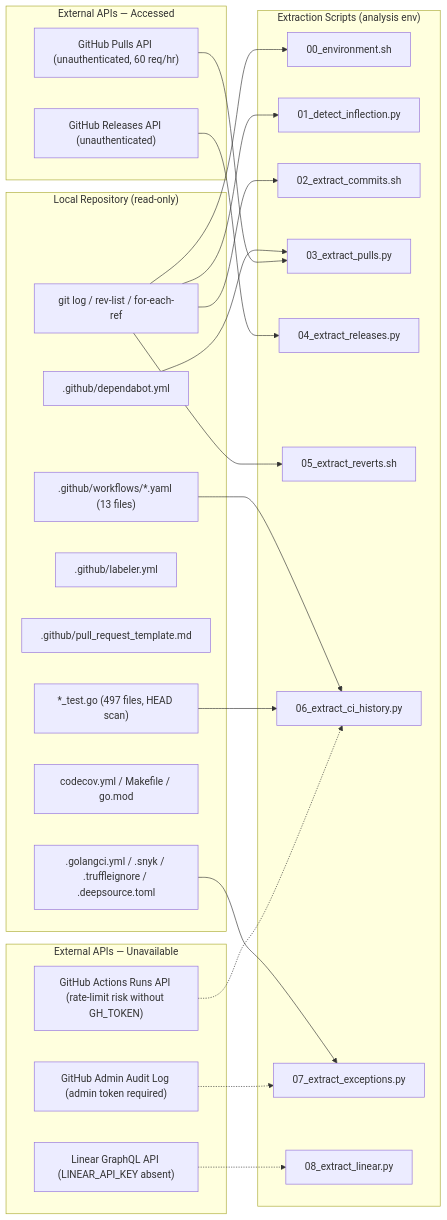
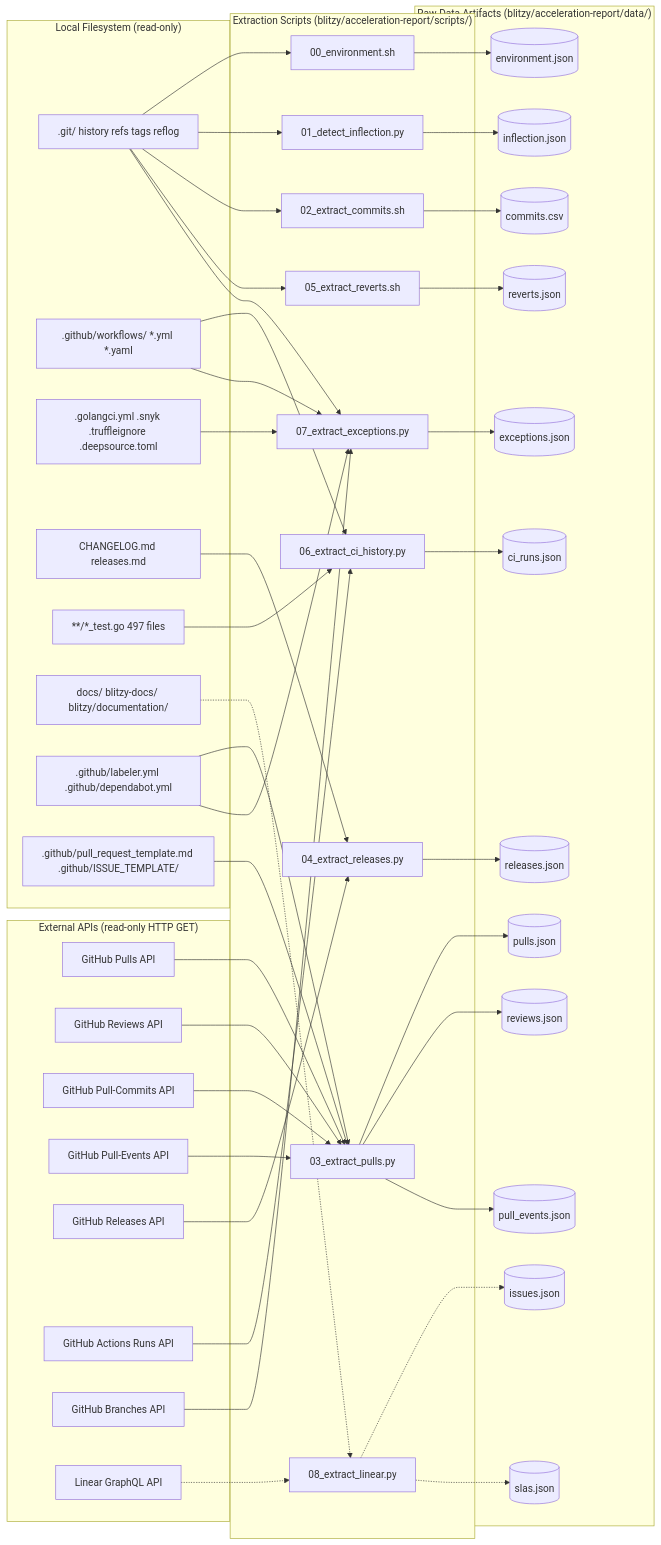
The diagram in blitzy/acceleration-report/diagrams/data-source-topology.mmd (Blitzy-Sandbox/blitzy-RudderStack), drawn with Mermaid before and after one commit.

```diff
--- a/blitzy/acceleration-report/diagrams/data-source-topology.mmd
+++ b/blitzy/acceleration-report/diagrams/data-source-topology.mmd
@@ -1,53 +1,92 @@
 %% Title: Data Source Topology
-%% Legend: Solid arrows = read-only data flow from a source into an extraction script.
-%% Dashed arrows = source available but not exercised in this run (no token / no access).
-%% Solid rectangles = sources accessed. Dashed rectangles = sources unavailable in this run.
-
+%% Legend:
+%%   Solid arrows (-->)   = primary data flow into extraction scripts
+%%   Dotted arrows (-.->) = optional / fallback paths (Linear without LINEAR_API_KEY,
+%%                          admin audit log without admin access, JUnit XML when absent)
+%%   Plain rectangles     = read-only data sources (external APIs or local files)
+%%   Rounded rectangles   = extraction scripts under blitzy/acceleration-report/scripts/
+%%   Cylinders ([(...)])  = raw data artifacts under blitzy/acceleration-report/data/
+%%   Subgraphs            = data-source modality (External APIs vs Local Filesystem)
+%%                          and downstream stages (Extraction Scripts vs Raw Data Sinks)
+%%   Mirrors AAP §0.2.1 Data Source Inventory.
+%%   All data flow is READ-ONLY: scripts perform HTTP GET only; no POST/PUT/PATCH/DELETE.
 flowchart LR
-    subgraph LOCAL["Local Repository (read-only)"]
-        L1["git log / rev-list / for-each-ref"]
-        L2[".github/workflows/*.yaml (13 files)"]
-        L3[".github/dependabot.yml"]
-        L4[".github/labeler.yml"]
-        L5[".github/pull_request_template.md"]
-        L6[".golangci.yml / .snyk / .truffleignore / .deepsource.toml"]
-        L7["codecov.yml / Makefile / go.mod"]
-        L8["*_test.go (497 files, HEAD scan)"]
+    subgraph EXT["External APIs (read-only HTTP GET)"]
+        API1[GitHub Pulls API]
+        API2[GitHub Reviews API]
+        API3[GitHub Pull-Commits API]
+        API4[GitHub Pull-Events API]
+        API5[GitHub Releases API]
+        API6[GitHub Actions Runs API]
+        API7[GitHub Branches API]
+        API8[Linear GraphQL API]
     end
-
-    subgraph EXTERNAL_AVAIL["External APIs — Accessed"]
-        E1["GitHub Pulls API (unauthenticated, 60 req/hr)"]
-        E2["GitHub Releases API (unauthenticated)"]
+    subgraph LOCAL["Local Filesystem (read-only)"]
+        F1[".git/ history refs tags reflog"]
+        F2[".github/workflows/ *.yml *.yaml"]
+        F3[".golangci.yml .snyk .truffleignore .deepsource.toml"]
+        F4["CHANGELOG.md releases.md"]
+        F5["**/*_test.go 497 files"]
+        F6["docs/ blitzy-docs/ blitzy/documentation/"]
+        F7[".github/labeler.yml .github/dependabot.yml"]
+        F8[".github/pull_request_template.md .github/ISSUE_TEMPLATE/"]
     end
-
-    subgraph EXTERNAL_UNAVAIL["External APIs — Unavailable"]
-        U1["Linear GraphQL API (LINEAR_API_KEY absent)"]
-        U2["GitHub Actions Runs API (rate-limit risk without GH_TOKEN)"]
-        U3["GitHub Admin Audit Log (admin token required)"]
+    subgraph SCRIPTS["Extraction Scripts (blitzy/acceleration-report/scripts/)"]
+        S0[00_environment.sh]
+        S1[01_detect_inflection.py]
+        S2[02_extract_commits.sh]
+        S3[03_extract_pulls.py]
+        S4[04_extract_releases.py]
+        S5[05_extract_reverts.sh]
+        S6[06_extract_ci_history.py]
+        S7[07_extract_exceptions.py]
+        S8[08_extract_linear.py]
     end
-
-    subgraph SCRIPTS["Extraction Scripts (analysis env)"]
-        S1["00_environment.sh"]
-        S2["01_detect_inflection.py"]
-        S3["02_extract_commits.sh"]
-        S4["03_extract_pulls.py"]
-        S5["04_extract_releases.py"]
-        S6["05_extract_reverts.sh"]
-        S7["06_extract_ci_history.py"]
-        S8["07_extract_exceptions.py"]
-        S9["08_extract_linear.py"]
+    subgraph SINKS["Raw Data Artifacts (blitzy/acceleration-report/data/)"]
+        D1[(environment.json)]
+        D2[(inflection.json)]
+        D3[(commits.csv)]
+        D4[(pulls.json)]
+        D5[(reviews.json)]
+        D6[(pull_events.json)]
+        D7[(releases.json)]
+        D8[(reverts.json)]
+        D9[(ci_runs.json)]
+        D10[(exceptions.json)]
+        D11[(issues.json)]
+        D12[(slas.json)]
     end
-
-    L1 --> S1
-    L1 --> S2
-    L1 --> S3
-    L1 --> S6
-    L2 --> S7
-    L3 --> S4
-    L6 --> S8
-    L8 --> S7
-    E1 --> S4
-    E2 --> S5
-    U1 -.-> S9
-    U2 -.-> S7
-    U3 -.-> S8
+    F1 --> S0
+    F1 --> S1
+    F1 --> S2
+    F1 --> S5
+    F1 --> S7
+    F2 --> S6
+    F2 --> S7
+    F3 --> S7
+    F4 --> S4
+    F5 --> S6
+    F6 -.-> S8
+    F7 --> S3
+    F7 --> S7
+    F8 --> S3
+    API1 --> S3
+    API2 --> S3
+    API3 --> S3
+    API4 --> S3
+    API5 --> S4
+    API6 --> S6
+    API7 --> S7
+    API8 -.-> S8
+    S0 --> D1
+    S1 --> D2
+    S2 --> D3
+    S3 --> D4
+    S3 --> D5
+    S3 --> D6
+    S4 --> D7
+    S5 --> D8
+    S6 --> D9
+    S7 --> D10
+    S8 -.-> D11
+    S8 -.-> D12
```
